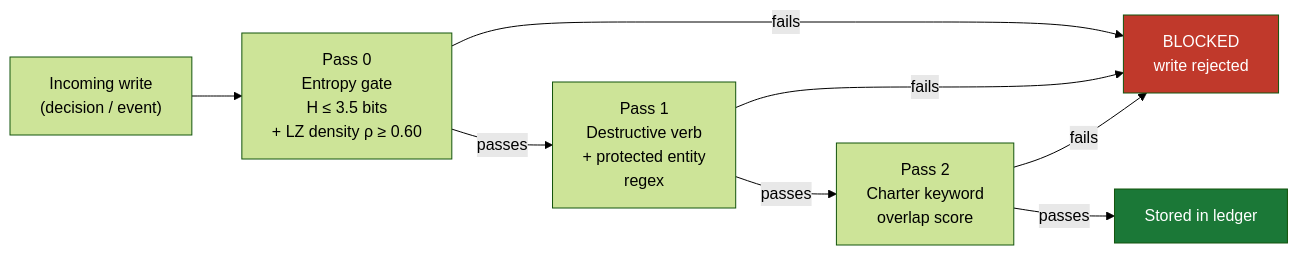
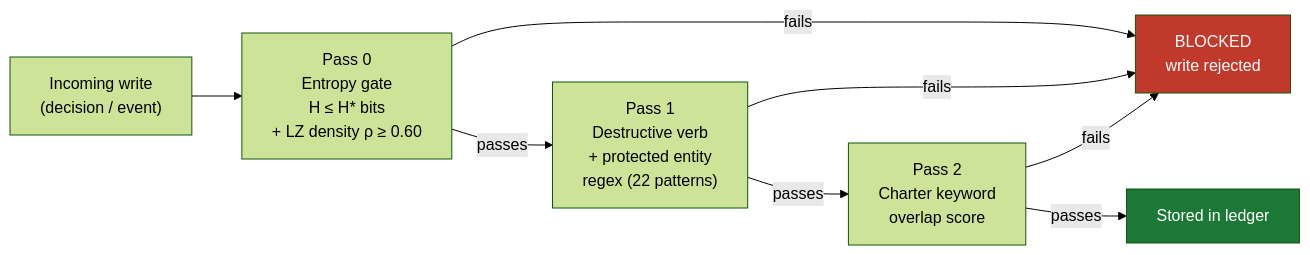
One commit to parnish007/contextforge changed the seventh of 9 diagrams in README.md. Above: the diagram before and after it, drawn with Mermaid (forest theme). The commit also changed other lines of this file and 62 other files, not shown here.

````diff
--- a/README.md
+++ b/README.md
@@ -108,20 +169,20 @@
 ```mermaid
 flowchart LR
     INPUT["Incoming write\n(decision / event)"]
-    P0["Pass 0\nEntropy gate\nH ≤ 3.5 bits\n+ LZ density ρ ≥ 0.60"]
-    P1["Pass 1\nDestructive verb\n+ protected entity\nregex"]
+    P0["Pass 0\nEntropy gate\nH ≤ H* bits\n+ LZ density ρ ≥ 0.60"]
+    P1["Pass 1\nDestructive verb\n+ protected entity\nregex (22 patterns)"]
     P2["Pass 2\nCharter keyword\noverlap score"]
     OK["Stored in ledger"]
     BLOCK["BLOCKED\nwrite rejected"]
 
     INPUT --> P0
     P0 -->|"fails"| BLOCK
     P0 -->|"passes"| P1
     P1 -->|"fails"| BLOCK
     P1 -->|"passes"| P2
     P2 -->|"fails"| BLOCK
     P2 -->|"passes"| OK
 
     style BLOCK fill:#C0392B,color:#fff
     style OK fill:#1B7837,color:#fff
 ```
````
